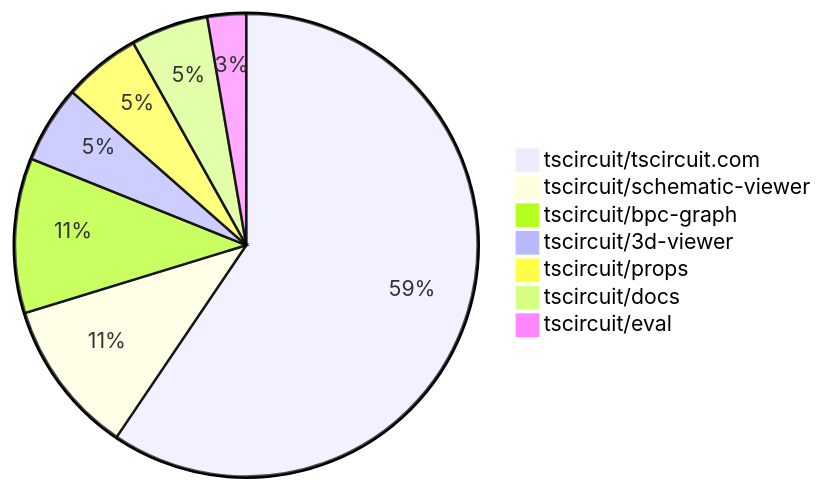
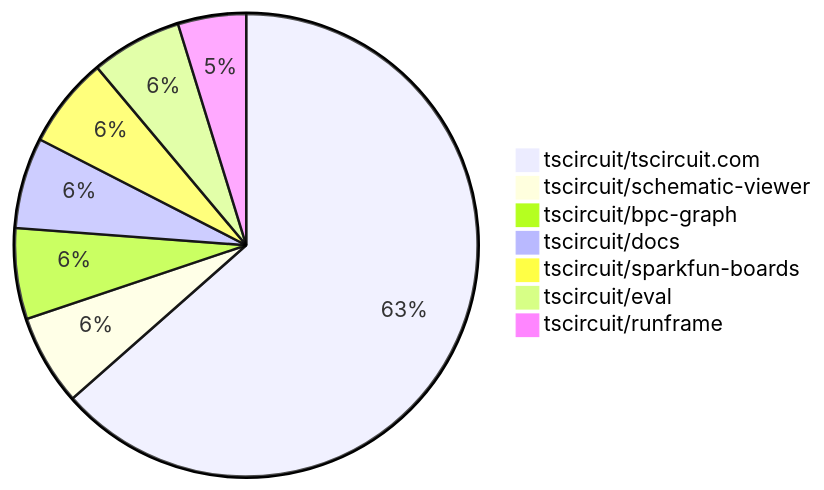
The second of 2 diagrams in README.md (tscircuit/contribution-tracker), drawn with Mermaid before and after one commit. The commit also changed other lines of this file and 3 other files, not shown here.

````diff
--- a/README.md
+++ b/README.md
@@ -79,10 +90,10 @@
 ```mermaid
 pie
-    "tscircuit/tscircuit.com" : 22
+    "tscircuit/tscircuit.com" : 40
     "tscircuit/schematic-viewer" : 4
     "tscircuit/bpc-graph" : 4
-    "tscircuit/3d-viewer" : 2
-    "tscircuit/props" : 2
-    "tscircuit/docs" : 2
-    "tscircuit/eval" : 1
+    "tscircuit/docs" : 4
+    "tscircuit/sparkfun-boards" : 4
+    "tscircuit/eval" : 4
+    "tscircuit/runframe" : 3
 ```
````
